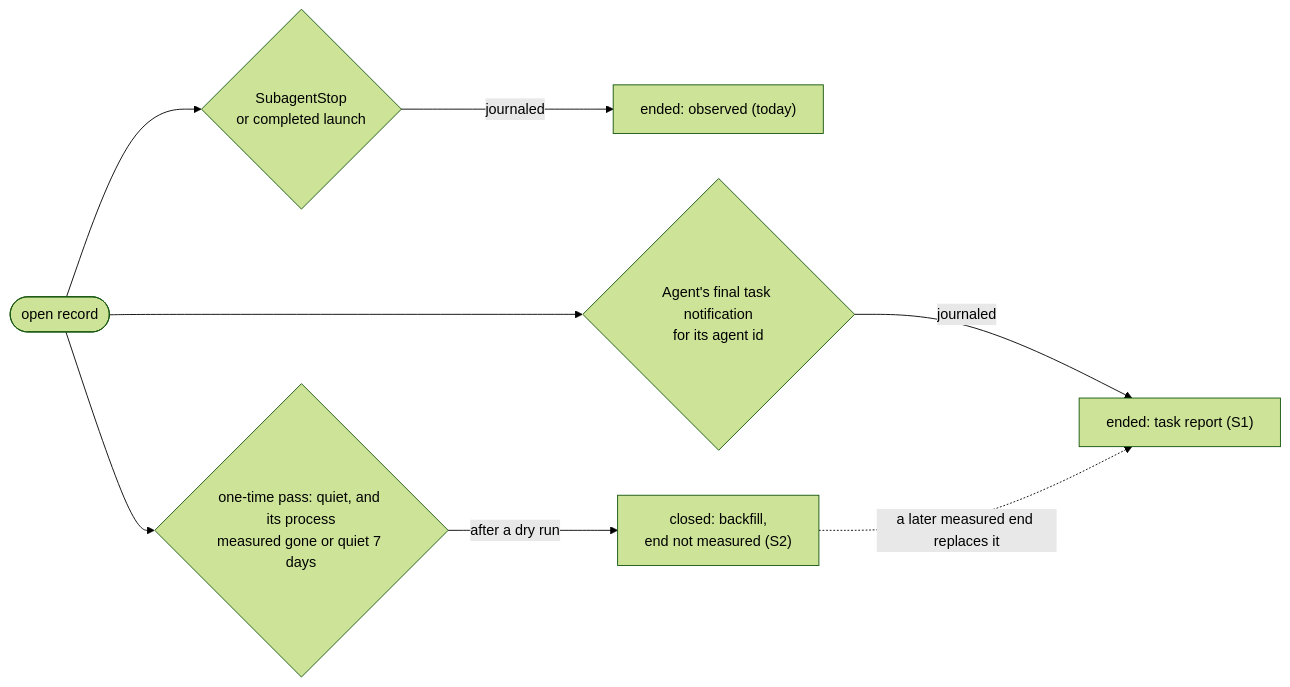
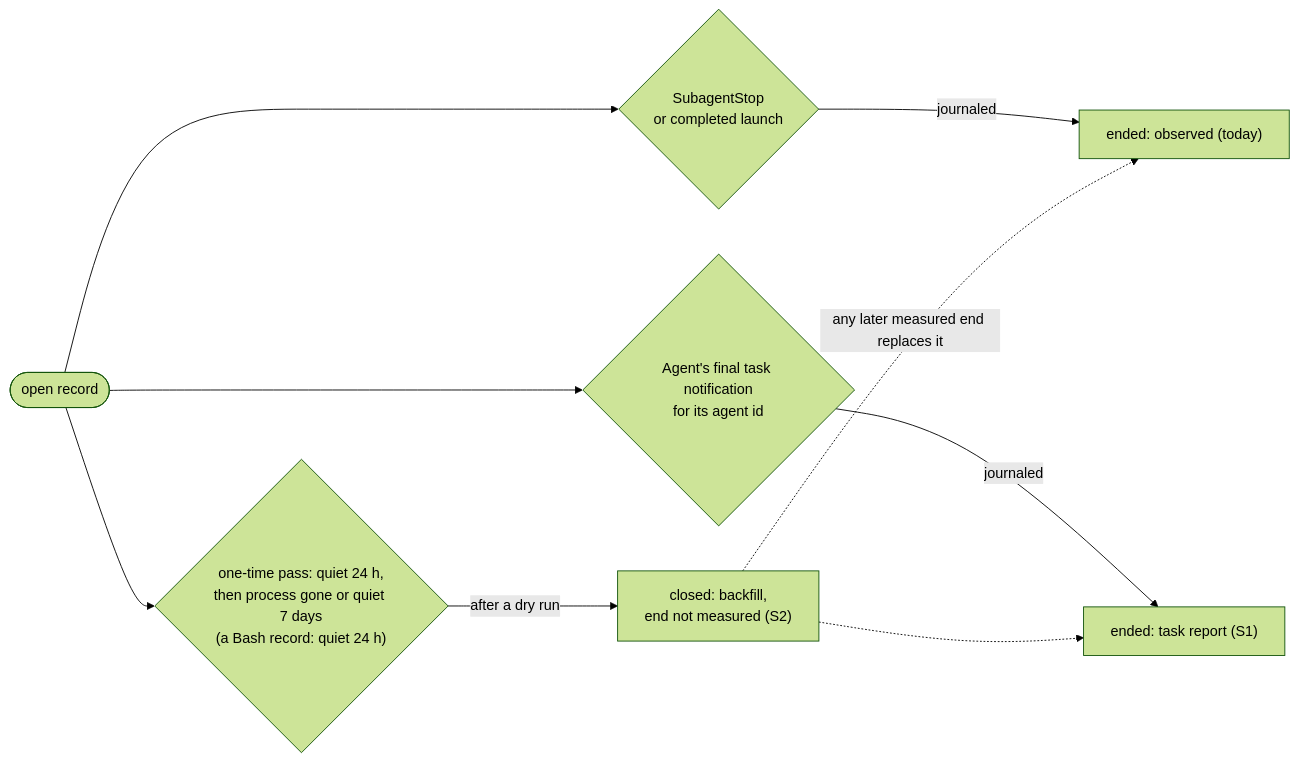
The third of 4 diagrams in docs/superpowers/specs/2026-11-19-session-helpers-design.md (Synapsium-Labs/ccrc-pwa), drawn with Mermaid (forest theme) before and after one commit. The commit also changed other lines of this file and 6 other files, not shown here.

````diff
--- a/docs/superpowers/specs/2026-11-19-session-helpers-design.md
+++ b/docs/superpowers/specs/2026-11-19-session-helpers-design.md
@@ -383,10 +446,11 @@
 ```mermaid
 flowchart LR
   O(["open record"]) --> E1{"SubagentStop<br/>or completed launch"}
   E1 -->|"journaled"| C1["ended: observed (today)"]
   O --> E2{"Agent's final task notification<br/>for its agent id"}
   E2 -->|"journaled"| C2["ended: task report (S1)"]
-  O --> E5{"one-time pass: quiet, and its process<br/>measured gone or quiet 7 days"}
+  O --> E5{"one-time pass: quiet 24 h,<br/>then process gone or quiet 7 days<br/>(a Bash record: quiet 24 h)"}
   E5 -->|"after a dry run"| C5["closed: backfill,<br/>end not measured (S2)"]
-  C5 -.->|"a later measured end replaces it"| C2
+  C5 -.->|"any later measured end replaces it"| C1
+  C5 -.-> C2
 ```
````
